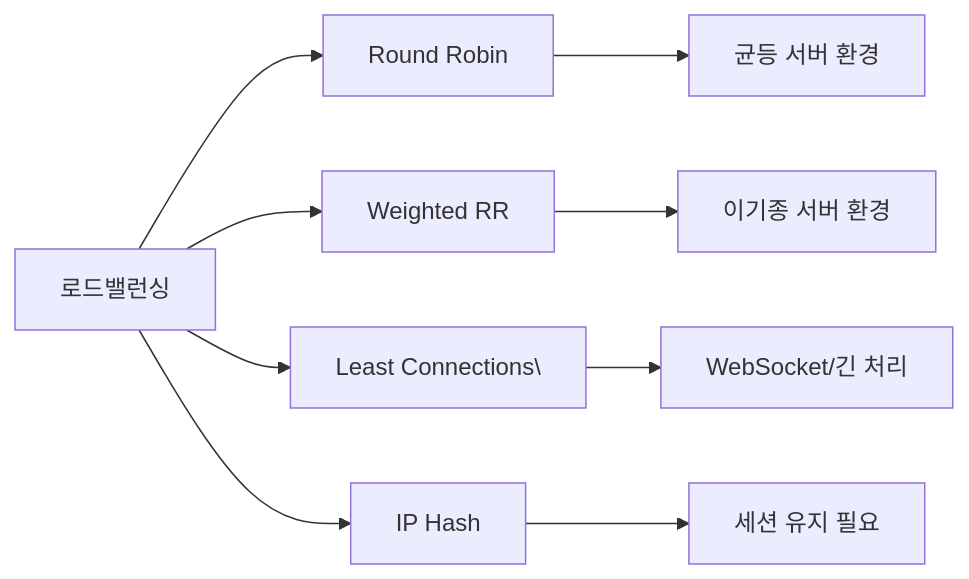
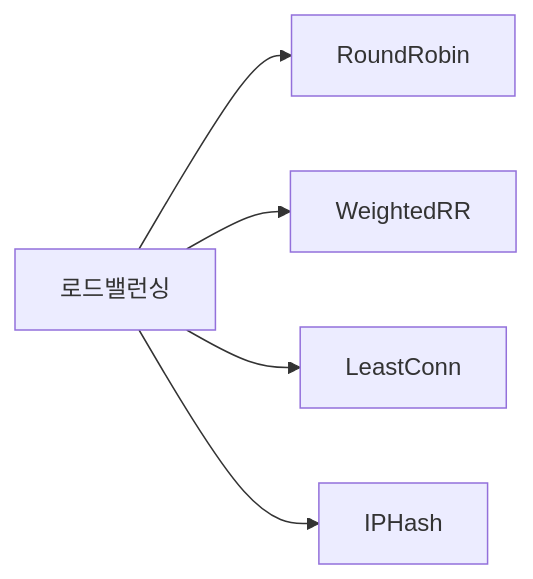
Before and after one commit to yjkim2015/yjkim2015.github.io: the seventh of 16 diagrams in _posts/systemdesign/2026-05-02-system-design-fundamentals.md, drawn with Mermaid. The commit also changed other lines of this file and 163 other files, not shown here.

First line of the commit message:
Mermaid 300개 블록 내용 축소: 5노드 5엣지 이하, 의미 있는 약어

````diff
--- a/_posts/systemdesign/2026-05-02-system-design-fundamentals.md
+++ b/_posts/systemdesign/2026-05-02-system-design-fundamentals.md
@@ -315,12 +311,7 @@
 ```mermaid
 graph LR
-    A["로드밸런싱"]
-    A --> B["Round Robin"]
-    A --> C["Weighted RR"]
-    A --> D["Least Connections\"]
-    A --> E["IP Hash"]
-    B --> F["균등 서버 환경"]
-    C --> G["이기종 서버 환경"]
-    D --> H["WebSocket/긴 처리"]
-    E --> I["세션 유지 필요"]
+    A[로드밸런싱] --> B[RoundRobin]
+    A --> C[WeightedRR]
+    A --> D[LeastConn]
+    A --> E[IPHash]
 ```
````
